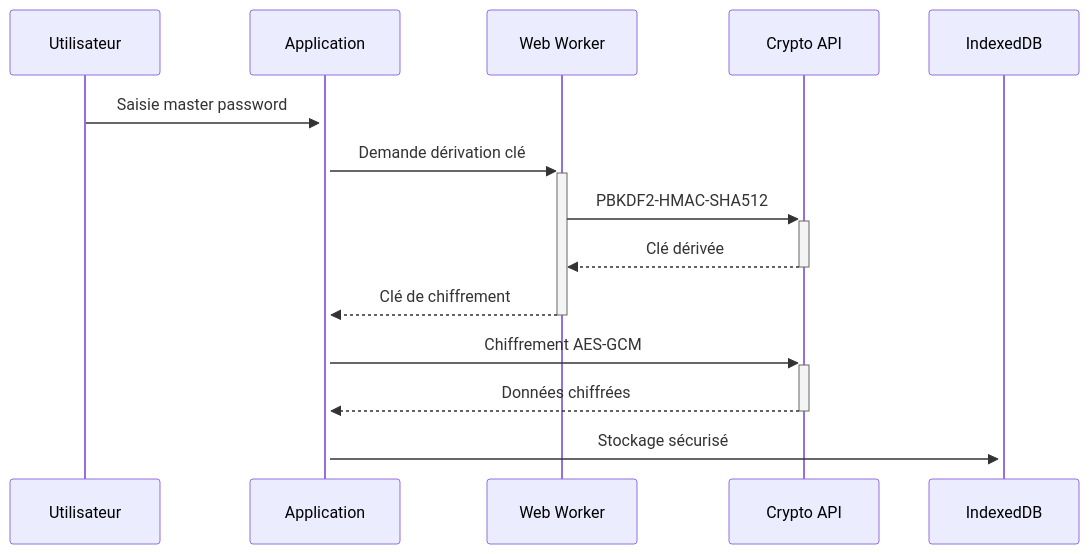
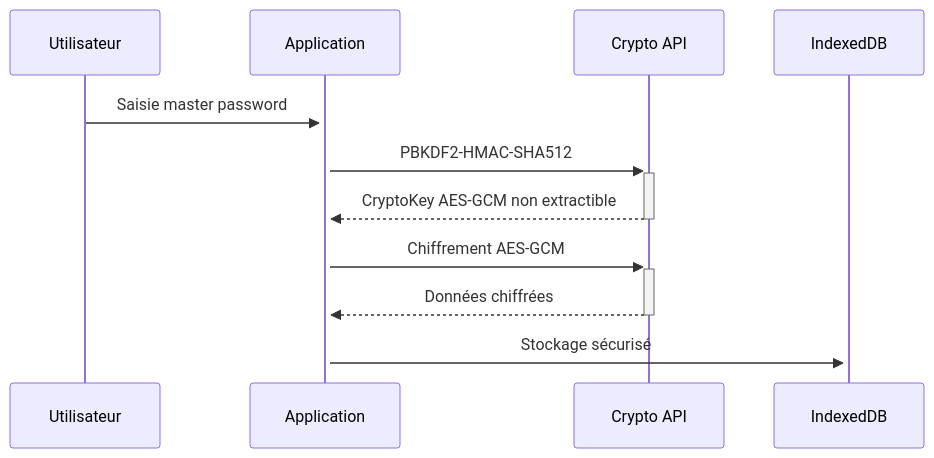
The third of 4 diagrams in README.md (Giscolab/CryptoKeep), drawn with Mermaid before and after one commit. The commit also changed other lines of this file and 29 other files, not shown here.

````diff
--- a/README.md
+++ b/README.md
@@ -129,11 +127,9 @@
 ```mermaid
 sequenceDiagram
   Utilisateur->>+Application: Saisie master password
-  Application->>+Web Worker: Demande dérivation clé
-  Web Worker->>+Crypto API: PBKDF2-HMAC-SHA512
-  Crypto API-->>-Web Worker: Clé dérivée
-  Web Worker-->>-Application: Clé de chiffrement
+  Application->>+Crypto API: PBKDF2-HMAC-SHA512
+  Crypto API-->>-Application: CryptoKey AES-GCM non extractible
   Application->>+Crypto API: Chiffrement AES-GCM
   Crypto API-->>-Application: Données chiffrées
   Application->>+IndexedDB: Stockage sécurisé
 ```
````
